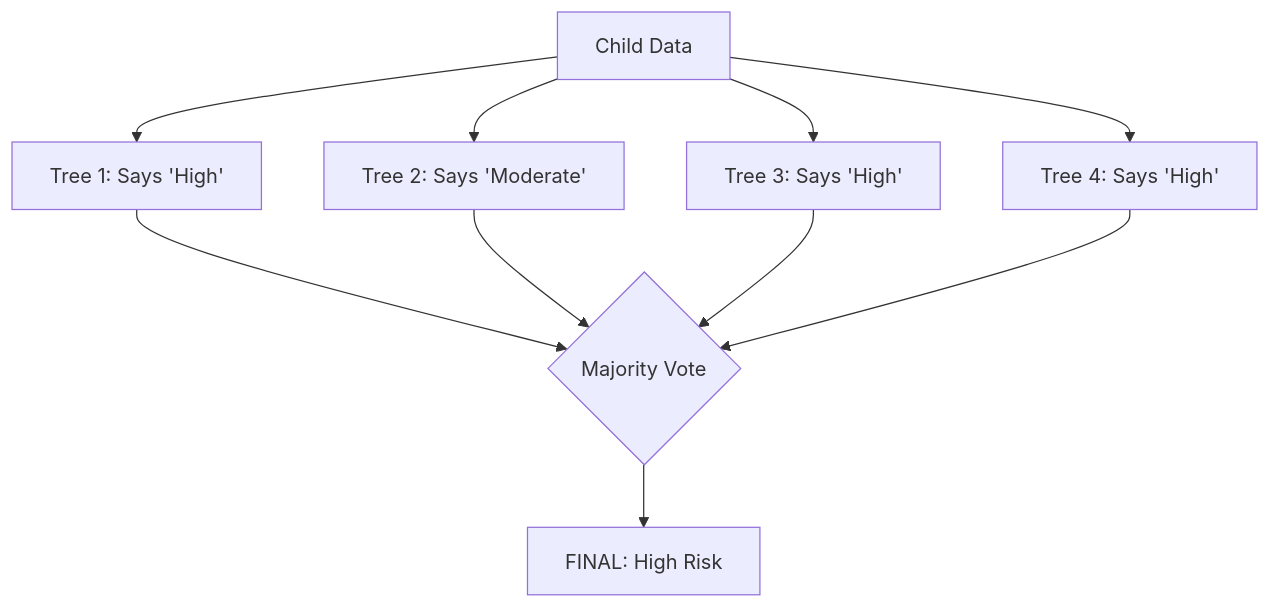
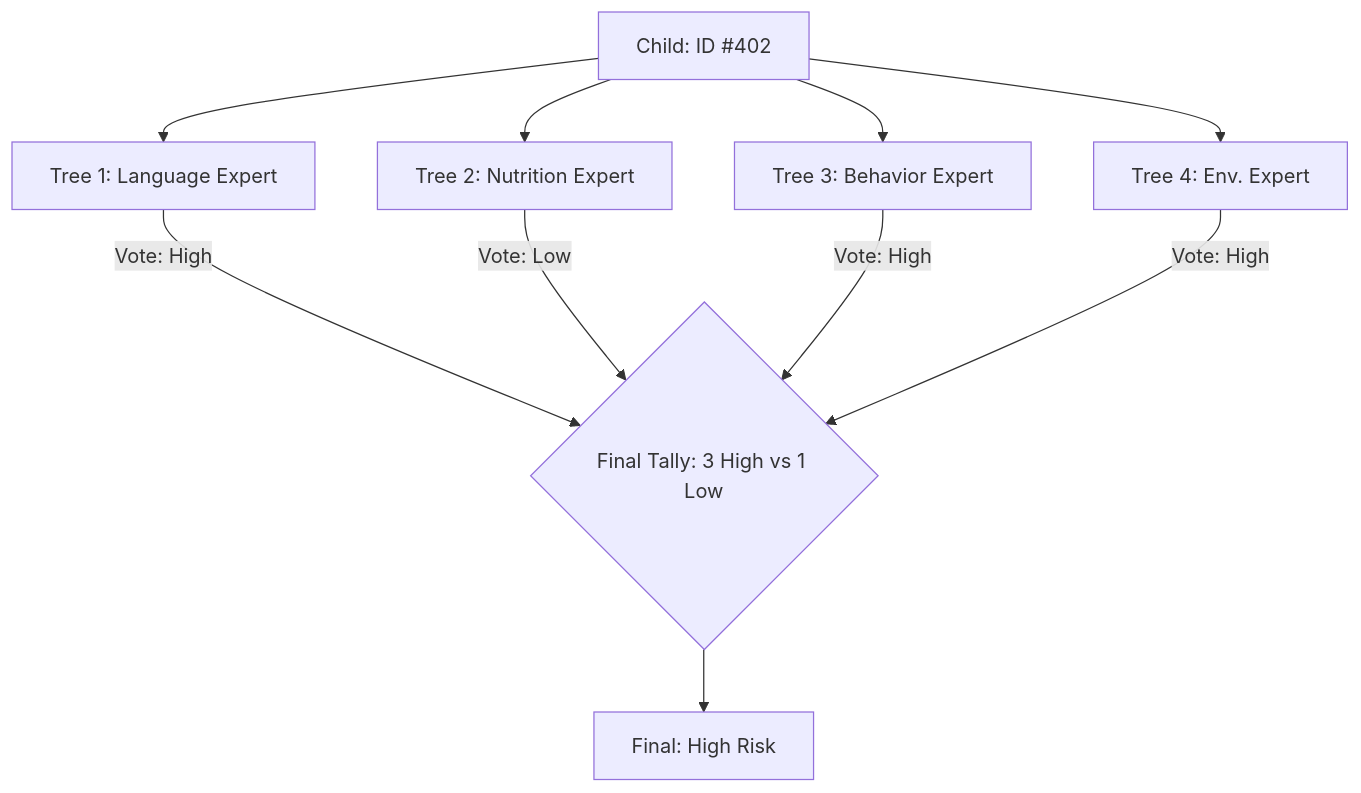
One commit to ShaikSameerShubhan0089/RISE changed the second of 3 diagrams in model_kt.md. Above: the diagram before and after it, drawn with Mermaid. The commit also changed other lines of this file, not shown here.

````diff
--- a/model_kt.md
+++ b/model_kt.md
@@ -47,10 +40,14 @@
 ```mermaid
 graph TD
-    Data[Child Data] --> T1[Tree 1: Says 'High']
-    Data --> T2[Tree 2: Says 'Moderate']
-    Data --> T3[Tree 3: Says 'High']
-    Data --> T4[Tree 4: Says 'High']
+    Data[Child: ID #402] --> T1[Tree 1: Language Expert]
+    Data --> T2[Tree 2: Nutrition Expert]
+    Data --> T3[Tree 3: Behavior Expert]
+    Data --> T4[Tree 4: Env. Expert]
     
-    T1 & T2 & T3 & T4 --> Vote{Majority Vote}
-    Vote --> Result[FINAL: High Risk]
+    T1 -->|Vote: High| Result
+    T2 -->|Vote: Low| Result
+    T3 -->|Vote: High| Result
+    T4 -->|Vote: High| Result
+    
+    Result{Final Tally: 3 High vs 1 Low} --> Action[Final: High Risk]
 ```
````
